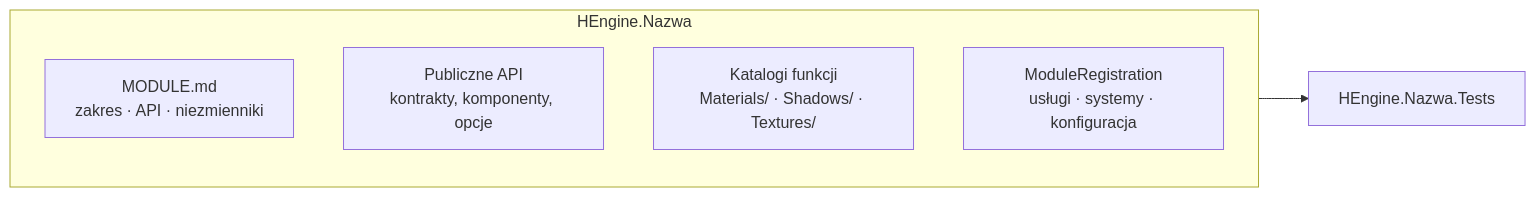
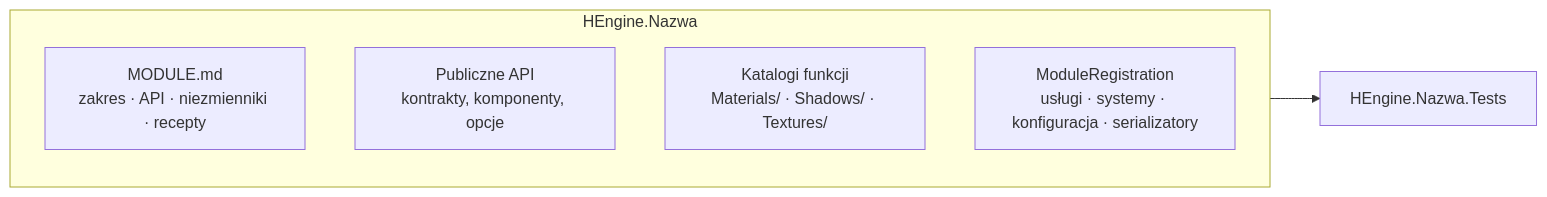
The third of 11 diagrams in docs/TARGET_ARCHITECTURE.md (eXoz00rd/HEngine), drawn with Mermaid before and after one commit. The commit also changed other lines of this file and 1 other file, not shown here.

Commit message:
Refocus the target architecture document on the target state (#4)

````diff
--- a/docs/TARGET_ARCHITECTURE.md
+++ b/docs/TARGET_ARCHITECTURE.md
@@ -146,14 +267,14 @@
 ```mermaid
 flowchart LR
     subgraph MOD["HEngine.Nazwa"]
         direction TB
-        MD["MODULE.md<br/>zakres · API · niezmienniki"]
+        MD["MODULE.md<br/>zakres · API · niezmienniki · recepty"]
         PUB["Publiczne API<br/>kontrakty, komponenty, opcje"]
         FEAT["Katalogi funkcji<br/>Materials/ · Shadows/ · Textures/"]
-        REG["ModuleRegistration<br/>usługi · systemy · konfiguracja"]
+        REG["ModuleRegistration<br/>usługi · systemy · konfiguracja · serializatory"]
     end
 
     TEST["HEngine.Nazwa.Tests"]
 
     MOD --> TEST
 ```
````
